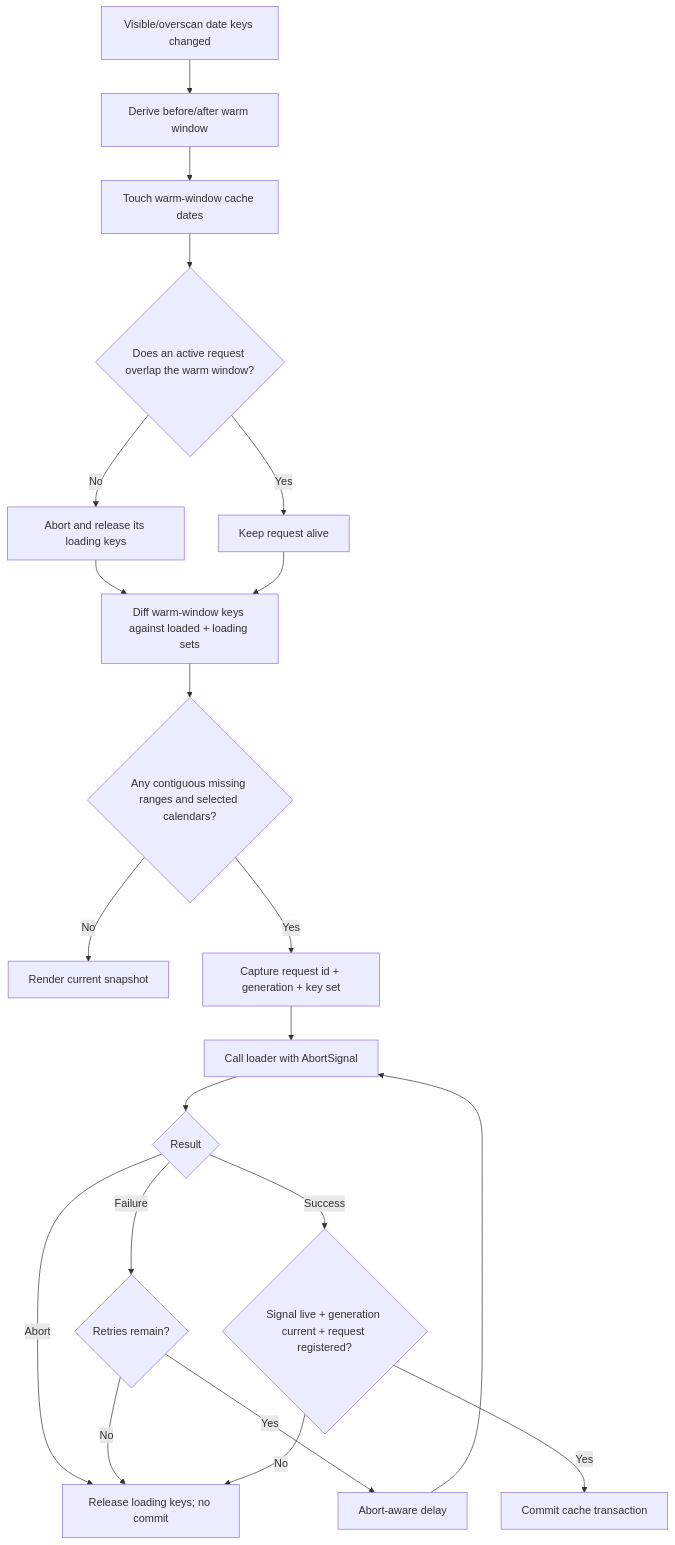
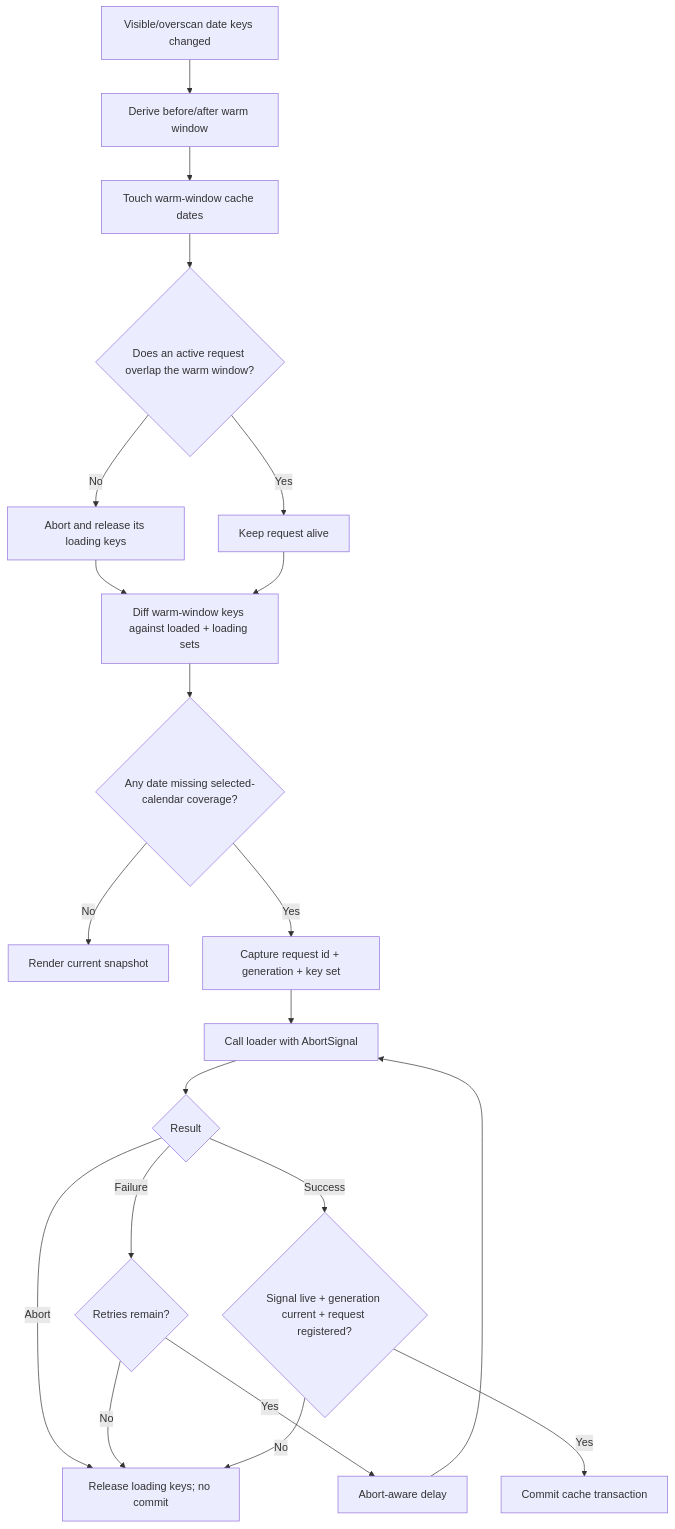
One commit to junomedical/quno-calendar changed the third of 6 diagrams in docs/flows/async-loading-and-layout.md. Above: the diagram before and after it, drawn with Mermaid. The commit also changed other lines of this file and 105 other files, not shown here.

Commit message:
feat: combine with date picker and range picker, update demos

````diff
--- a/docs/flows/async-loading-and-layout.md
+++ b/docs/flows/async-loading-and-layout.md
@@ -71,23 +78,23 @@
 ```mermaid
 flowchart TD
   Visible["Visible/overscan date keys changed"] --> Policy["Derive before/after warm window"]
   Policy --> Update["Touch warm-window cache dates"]
   Update --> Active{"Does an active request overlap the warm window?"}
   Active -->|No| Abort["Abort and release its loading keys"]
   Active -->|Yes| Keep["Keep request alive"]
   Abort --> Diff
   Keep --> Diff["Diff warm-window keys against loaded + loading sets"]
-  Diff --> Range{"Any contiguous missing ranges and selected calendars?"}
+  Diff --> Range{"Any date missing selected-calendar coverage?"}
   Range -->|No| Done["Render current snapshot"]
   Range -->|Yes| Begin["Capture request id + generation + key set"]
   Begin --> Fetch["Call loader with AbortSignal"]
   Fetch --> Result{"Result"}
   Result -->|Abort| Release["Release loading keys; no commit"]
   Result -->|Failure| Retry{"Retries remain?"}
   Retry -->|Yes| Wait["Abort-aware delay"]
   Wait --> Fetch
   Retry -->|No| Release
   Result -->|Success| Current{"Signal live + generation current + request registered?"}
   Current -->|No| Release
   Current -->|Yes| Commit["Commit cache transaction"]
 ```
````
